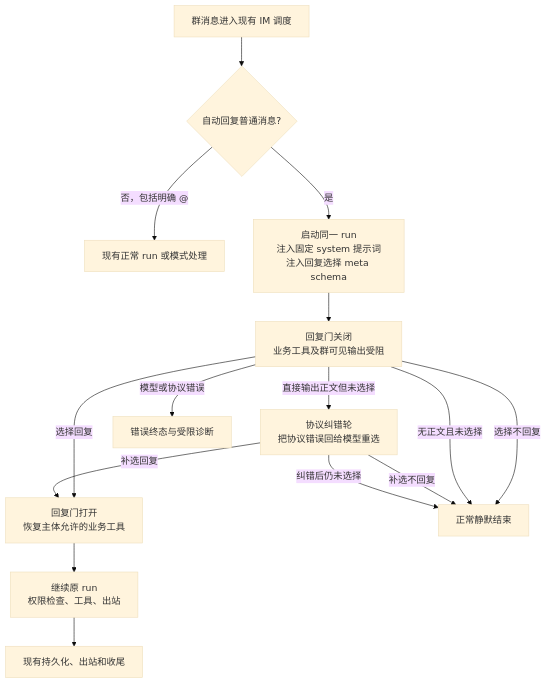
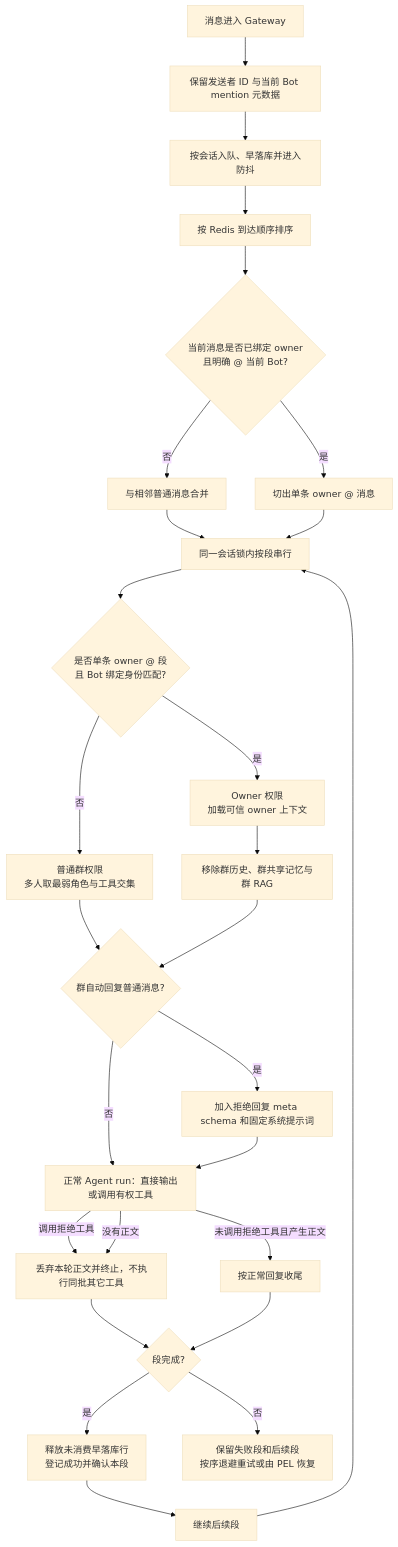
Before and after one commit to Coffeiz/Gugu-web: the first of 2 diagrams in docs/prds/PRD-IM-16-群聊自动回复选择门.md, drawn with Mermaid (base theme). The commit also changed other lines of this file and 34 other files, not shown here.

````diff
--- a/docs/prds/PRD-IM-16-群聊自动回复选择门.md
+++ b/docs/prds/PRD-IM-16-群聊自动回复选择门.md
@@ -47,17 +47,29 @@
 ```mermaid
 flowchart TD
-    M[群消息进入现有 IM 调度] --> MODE{自动回复普通消息?}
-    MODE -->|否，包括明确 @| NORMAL[现有正常 run 或模式处理]
-    MODE -->|是| START[启动同一 run\n注入固定 system 提示词\n注入回复选择 meta schema]
-    START --> CLOSED[回复门关闭\n业务工具及群可见输出受阻]
-    CLOSED -->|选择回复| OPEN[回复门打开\n恢复主体允许的业务工具]
-    CLOSED -->|选择不回复| SILENT[正常静默结束]
-    CLOSED -->|无正文且未选择| SILENT
-    CLOSED -->|直接输出正文但未选择| RETRY[协议纠错轮\n把协议错误回给模型重选]
-    RETRY -->|补选回复| OPEN
-    RETRY -->|补选不回复| SILENT
-    RETRY -->|纠错后仍未选择| SILENT
-    CLOSED -->|模型或协议错误| ERROR[错误终态与受限诊断]
-    OPEN --> RUN[继续原 run\n权限检查、工具、出站]
-    RUN --> FINISH[现有持久化、出站和收尾]
+    M[消息进入 Gateway] --> META[保留发送者 ID 与当前 Bot mention 元数据]
+    META --> Q[按会话入队、早落库并进入防抖]
+    Q --> SORT[按 Redis 到达顺序排序]
+    SORT --> SPLIT{当前消息是否已绑定 owner\n且明确 @ 当前 Bot?}
+    SPLIT -->|否| NORMAL[与相邻普通消息合并]
+    SPLIT -->|是| PRIV[切出单条 owner @ 消息]
+    NORMAL --> SEQ[同一会话锁内按段串行]
+    PRIV --> SEQ
+    SEQ --> AUTH{是否单条 owner @ 段\n且 Bot 绑定身份匹配?}
+    AUTH -->|否| MEMBER[普通群权限\n多人取最弱角色与工具交集]
+    AUTH -->|是| OWNER[Owner 权限\n加载可信 owner 上下文]
+    OWNER --> ISOLATE[移除群历史、群共享记忆与群 RAG]
+    MEMBER --> POLICY{群自动回复普通消息?}
+    ISOLATE --> POLICY
+    POLICY -->|否| RUN[正常 Agent run]
+    POLICY -->|是| GATE[加入拒绝回复 meta schema 和固定系统提示词]
+    GATE --> RUN[正常 Agent run：直接输出或调用有权工具]
+    RUN -->|调用拒绝工具| QUIET[丢弃本轮正文并终止，不执行同批其它工具]
+    RUN -->|未调用拒绝工具且产生正文| ANSWER[按正常回复收尾]
+    RUN -->|没有正文| QUIET
+    QUIET --> DONE{段完成?}
+    ANSWER --> DONE
+    DONE -->|是| RECEIPT[释放未消费早落库行\n登记成功并确认本段]
+    DONE -->|否| HOLD[保留失败段和后续段\n按序退避重试或由 PEL 恢复]
+    RECEIPT --> NEXT[继续后续段]
+    NEXT --> SEQ
 ```
````
